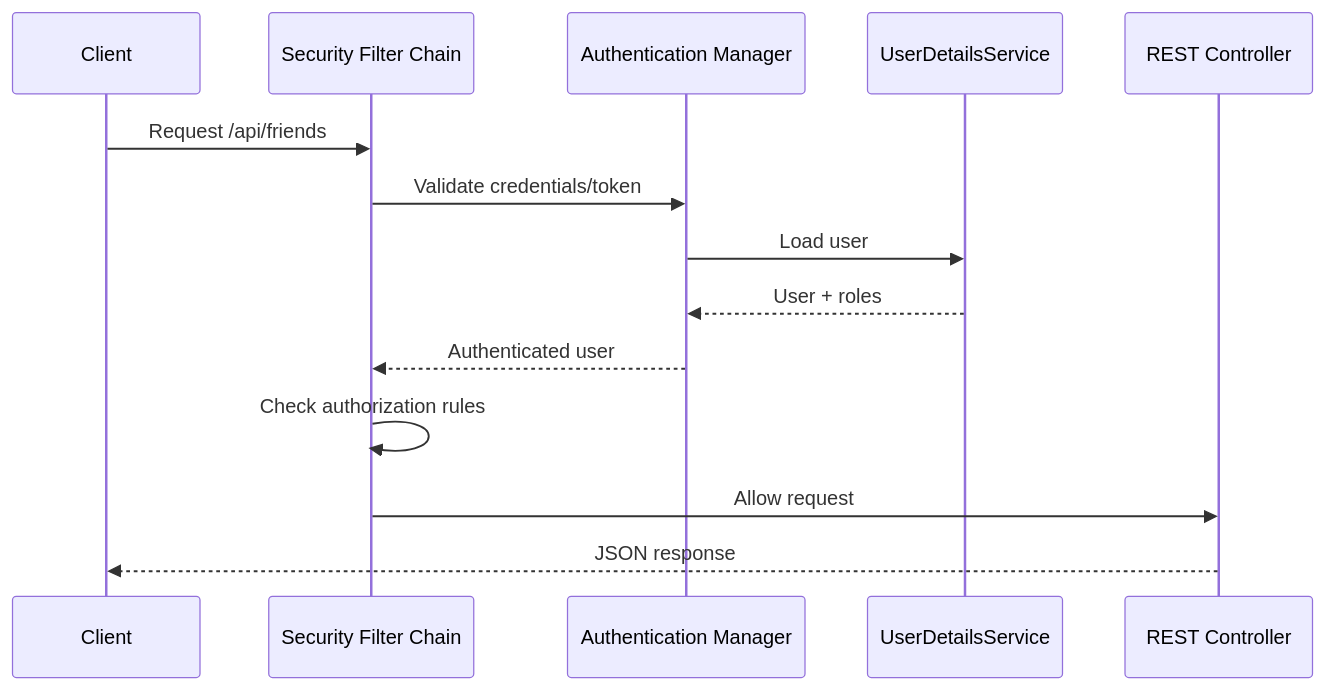
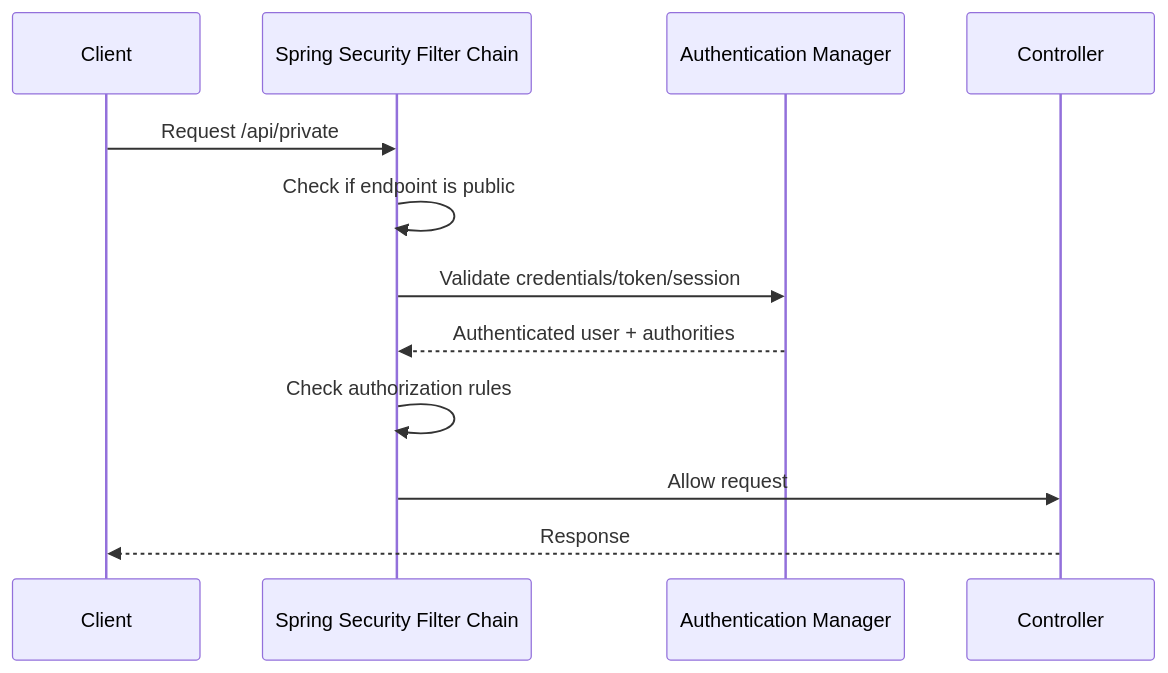
The second of 19 diagrams in HLD_NOTES/003_TECHNOLOGY_DEEP_DIVE/spring_boot_auth_authz_visual_reference.md (mthaiseer/springcloud-systemdesign-notes), drawn with Mermaid before and after one commit. The commit also changed other lines of this file and 19 other files, not shown here.

````diff
--- a/HLD_NOTES/003_TECHNOLOGY_DEEP_DIVE/spring_boot_auth_authz_visual_reference.md
+++ b/HLD_NOTES/003_TECHNOLOGY_DEEP_DIVE/spring_boot_auth_authz_visual_reference.md
@@ -64,17 +62,15 @@
 ```mermaid
 sequenceDiagram
-    participant C as Client
-    participant F as Security Filter Chain
-    participant A as Authentication Manager
-    participant U as UserDetailsService
-    participant R as REST Controller
+    participant Client
+    participant Filter as Spring Security Filter Chain
+    participant Auth as Authentication Manager
+    participant App as Controller
 
-    C->>F: Request /api/friends
-    F->>A: Validate credentials/token
-    A->>U: Load user
-    U-->>A: User + roles
-    A-->>F: Authenticated user
-    F->>F: Check authorization rules
-    F->>R: Allow request
-    R-->>C: JSON response
+    Client->>Filter: Request /api/private
+    Filter->>Filter: Check if endpoint is public
+    Filter->>Auth: Validate credentials/token/session
+    Auth-->>Filter: Authenticated user + authorities
+    Filter->>Filter: Check authorization rules
+    Filter->>App: Allow request
+    App-->>Client: Response
 ```
````
